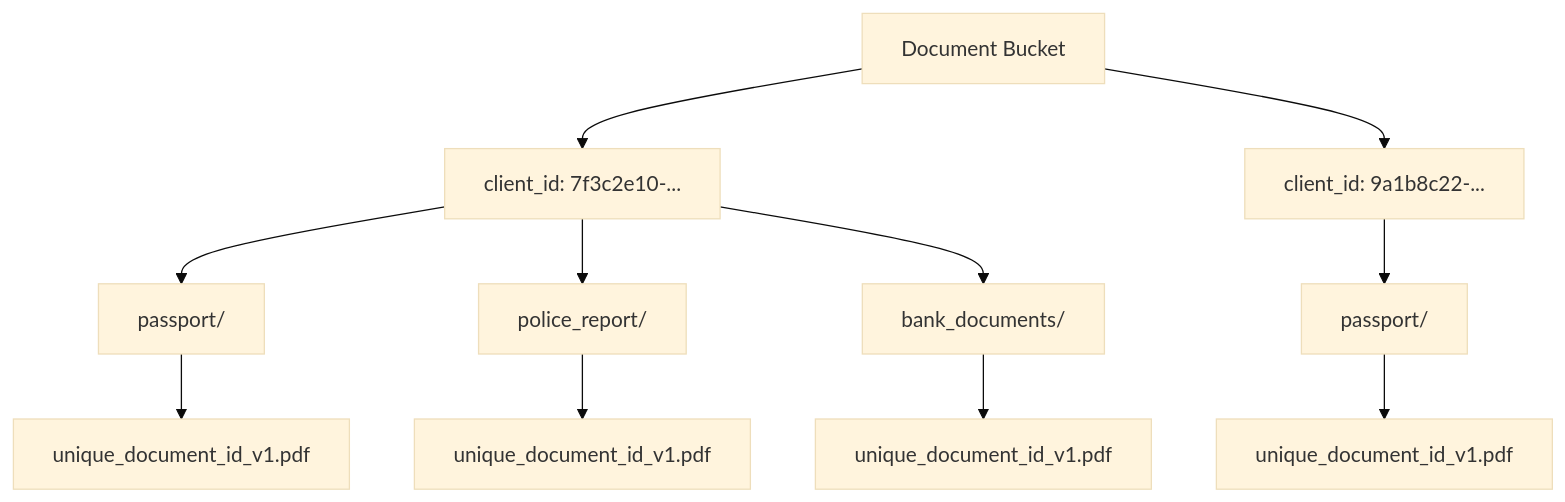
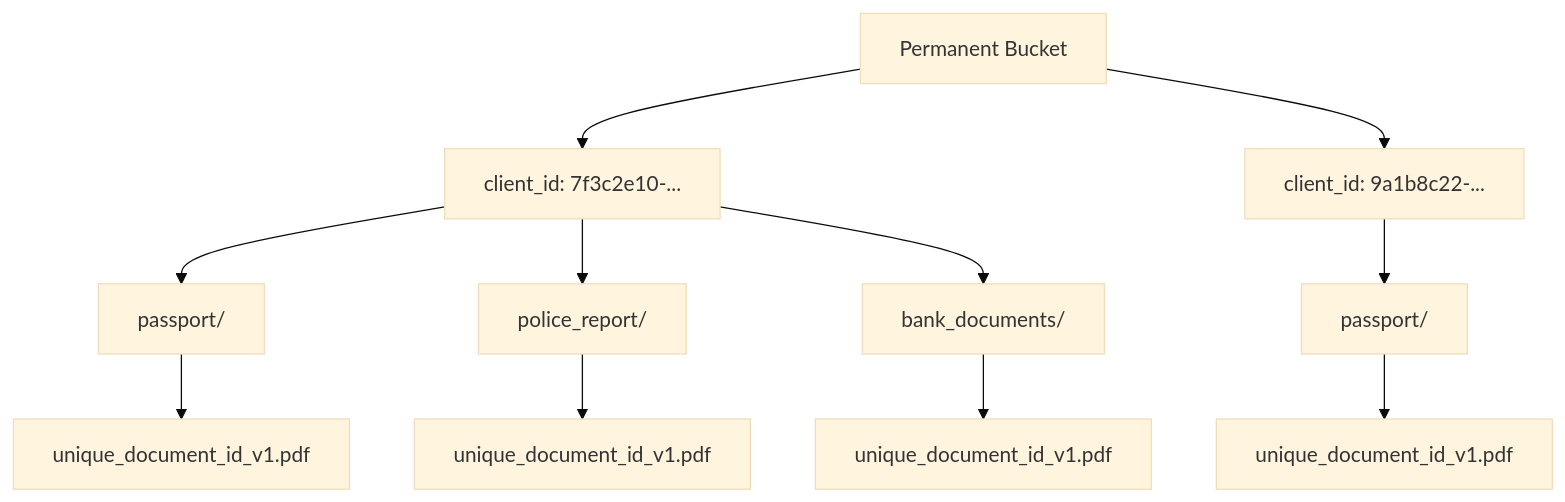
One commit to emlynk-pixel/EmlynkWABot changed diagram 14 of 16 in Docs/WhatsApp-Document-Submission-Proposal.md. Above: the diagram before and after it, drawn with Mermaid (base theme). The commit also changed other lines of this file, not shown here.

Commit message:
docs: update WhatsApp-Document-Submission-Proposal.md to v2.0

````diff
--- a/Docs/WhatsApp-Document-Submission-Proposal.md
+++ b/Docs/WhatsApp-Document-Submission-Proposal.md
@@ -679,13 +1008,13 @@
 ```mermaid
 flowchart TD
-    Bucket[Document Bucket] --> C1[client_id: 7f3c2e10-...]
+    Bucket[Permanent Bucket] --> C1["client_id: 7f3c2e10-..."]
     C1 --> P1[passport/]
     P1 --> P1F[unique_document_id_v1.pdf]
     C1 --> PR1[police_report/]
     PR1 --> PR1F[unique_document_id_v1.pdf]
     C1 --> OT1[bank_documents/]
     OT1 --> OT1F[unique_document_id_v1.pdf]
-    Bucket --> C2[client_id: 9a1b8c22-...]
+    Bucket --> C2["client_id: 9a1b8c22-..."]
     C2 --> P2[passport/]
     P2 --> P2F[unique_document_id_v1.pdf]
 ```
````
